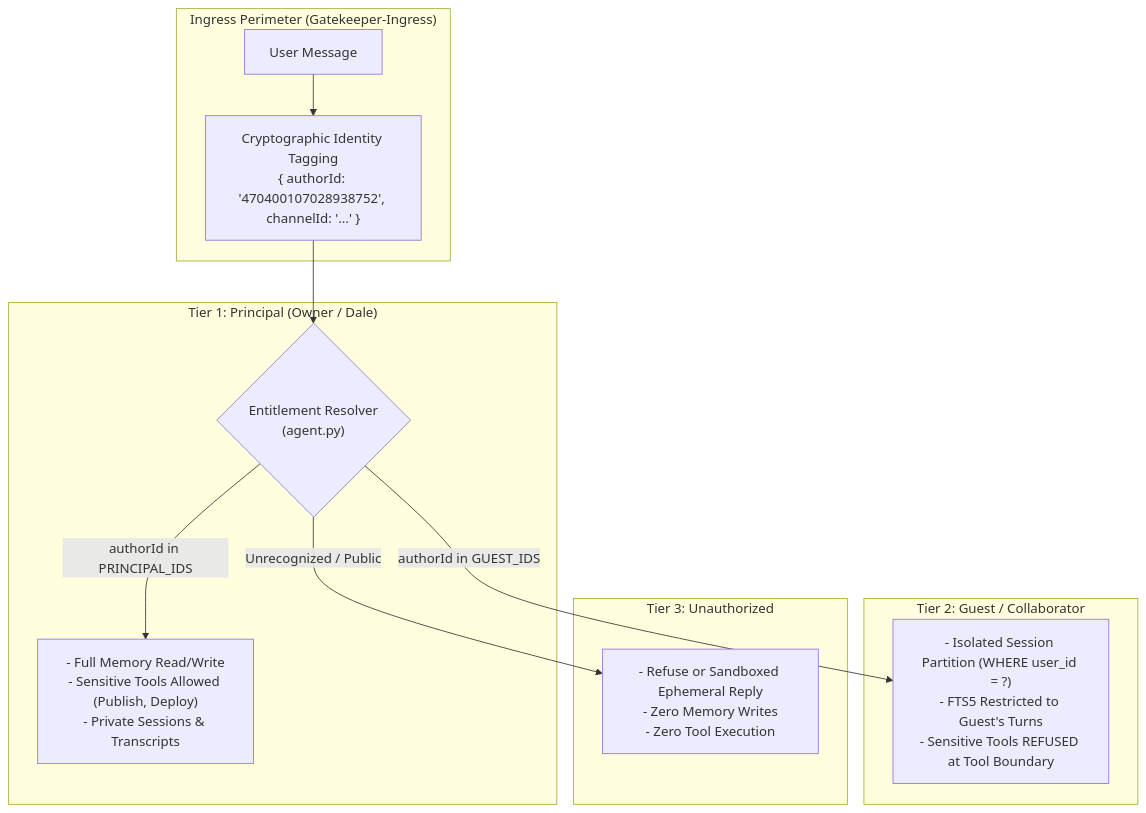
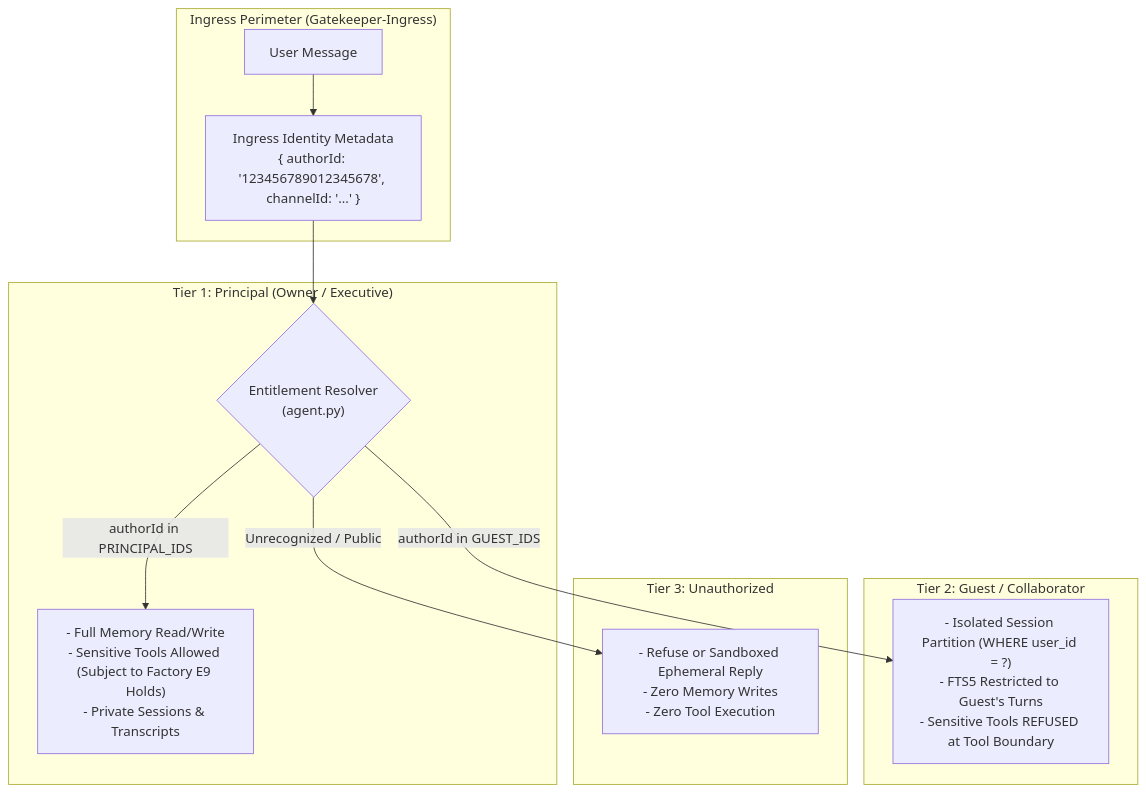
One commit to BeerCanLabs/agent-factory changed the fourth of 4 diagrams in docs/architecture/agent-memory-models.md. Above: the diagram before and after it, drawn with Mermaid. The commit also changed other lines of this file and 12 other files, not shown here.

````diff
--- a/docs/architecture/agent-memory-models.md
+++ b/docs/architecture/agent-memory-models.md
@@ -329,20 +329,20 @@
 ```mermaid
 flowchart TD
     subgraph Ingress["Ingress Perimeter (Gatekeeper-Ingress)"]
-        UserMsg["User Message"] --> Metadata["Cryptographic Identity Tagging\n{ authorId: '470400107028938752', channelId: '...' }"]
+        UserMsg["User Message"] --> Metadata["Ingress Identity Metadata\n{ authorId: '123456789012345678', channelId: '...' }"]
     end
 
     Metadata --> Dispatcher{"Entitlement Resolver\n(agent.py)"}
 
-    subgraph PrincipalPath["Tier 1: Principal (Owner / Dale)"]
-        Dispatcher -- "authorId in PRINCIPAL_IDS" --> P_Perms["- Full Memory Read/Write\n- Sensitive Tools Allowed (Publish, Deploy)\n- Private Sessions & Transcripts"]
+    subgraph PrincipalPath["Tier 1: Principal (Owner / Executive)"]
+        Dispatcher -- "authorId in PRINCIPAL_IDS" --> P_Perms["- Full Memory Read/Write\n- Sensitive Tools Allowed (Subject to Factory E9 Holds)\n- Private Sessions & Transcripts"]
     end
 
     subgraph GuestPath["Tier 2: Guest / Collaborator"]
         Dispatcher -- "authorId in GUEST_IDS" --> G_Perms["- Isolated Session Partition (WHERE user_id = ?)\n- FTS5 Restricted to Guest's Turns\n- Sensitive Tools REFUSED at Tool Boundary"]
     end
 
     subgraph UnauthorizedPath["Tier 3: Unauthorized"]
         Dispatcher -- "Unrecognized / Public" --> U_Perms["- Refuse or Sandboxed Ephemeral Reply\n- Zero Memory Writes\n- Zero Tool Execution"]
     end
 ```
````
